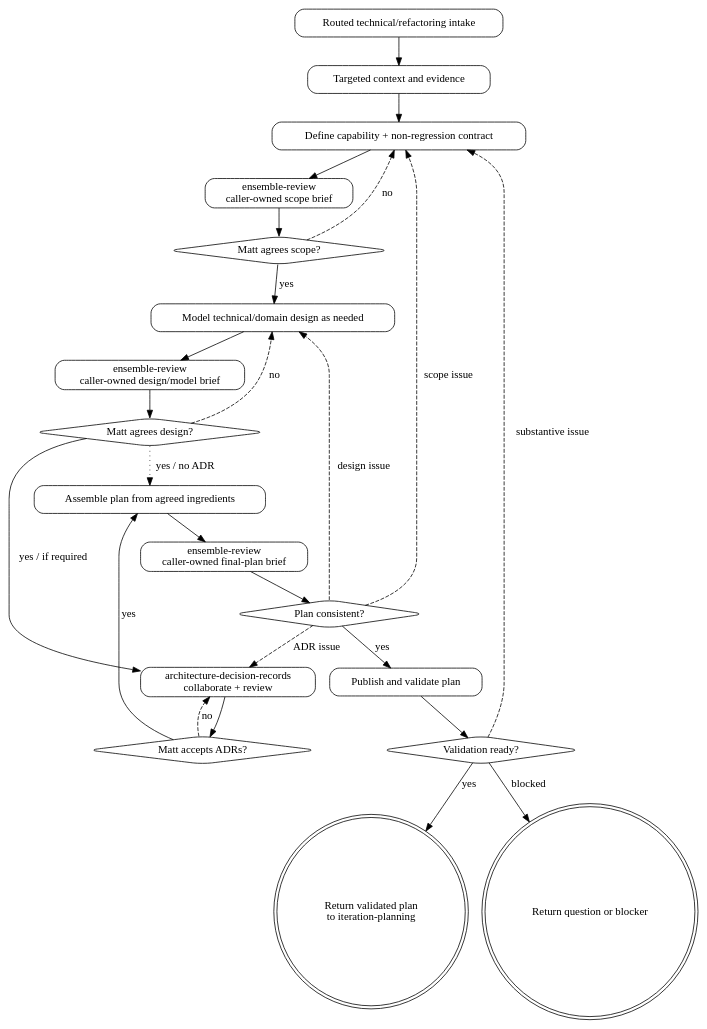
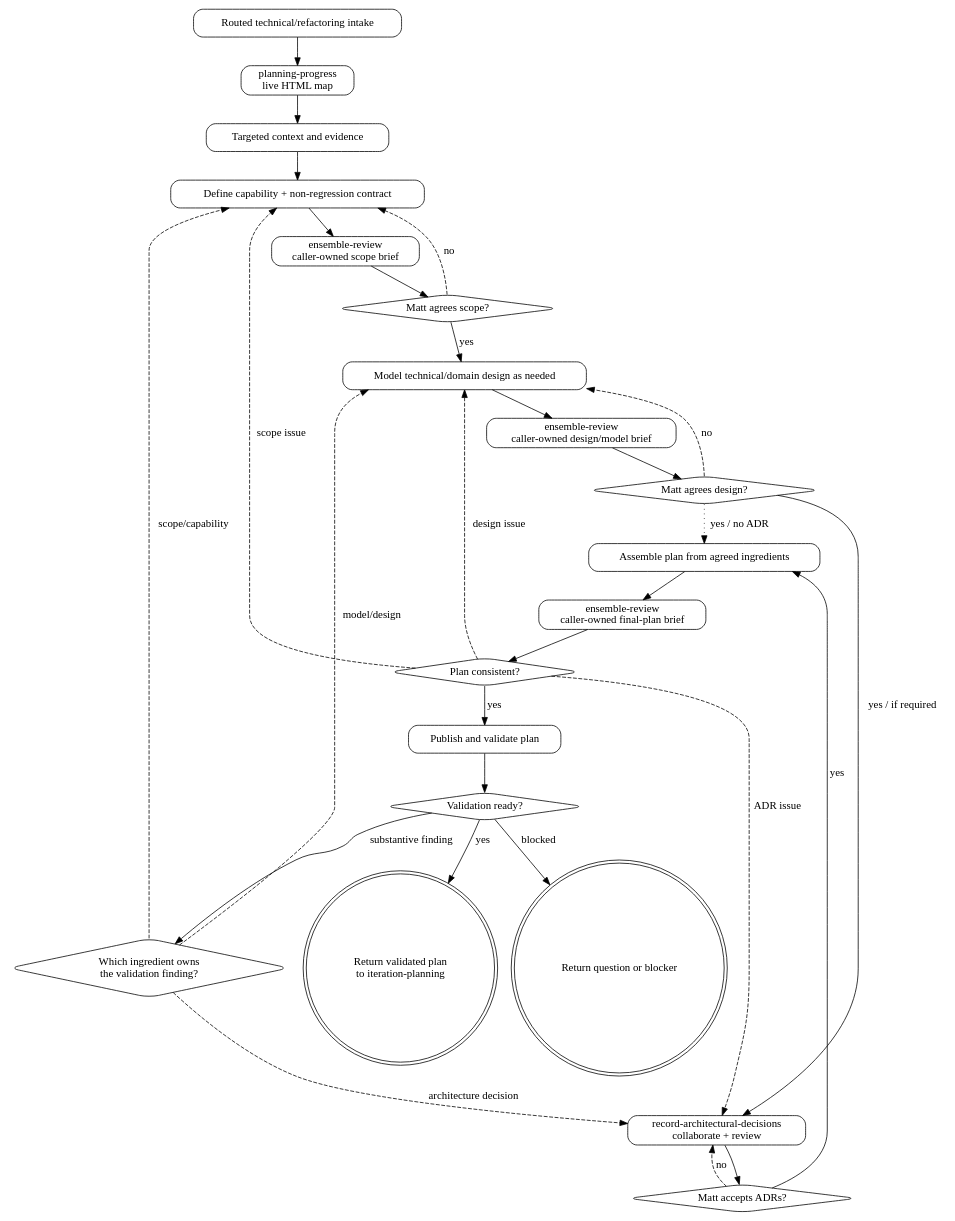
Before and after one commit to mattwynne/memba: the diagram in .pi/skills/technical-iteration-planning/SKILL.md, drawn with Graphviz. The commit also changed other lines of this file and 9 other files, not shown here.

Commit message:
Action planning skill review feedback

````diff
--- a/.pi/skills/technical-iteration-planning/SKILL.md
+++ b/.pi/skills/technical-iteration-planning/SKILL.md
@@ -67,44 +70,49 @@
 ```dot
 digraph technical_iteration_planning {
   rankdir=TB;
   node [shape=box, style="rounded"];
 
   intake [label="Routed technical/refactoring intake"];
+  progress [label="planning-progress\nlive HTML map"];
   context [label="Targeted context and evidence"];
   capability [label="Define capability + non-regression contract"];
   scope_review [label="ensemble-review\ncaller-owned scope brief"];
   scope [shape=diamond, label="Matt agrees scope?"];
   design [label="Model technical/domain design as needed"];
   design_review [label="ensemble-review\ncaller-owned design/model brief"];
   design_agreed [shape=diamond, label="Matt agrees design?"];
-  adr [label="architecture-decision-records\ncollaborate + review"];
+  adr [label="record-architectural-decisions\ncollaborate + review"];
   adr_accept [shape=diamond, label="Matt accepts ADRs?"];
   assemble [label="Assemble plan from agreed ingredients"];
   final_review [label="ensemble-review\ncaller-owned final-plan brief"];
   consistent [shape=diamond, label="Plan consistent?"];
   publish [label="Publish and validate plan"];
   validated [shape=diamond, label="Validation ready?"];
+  validation_route [shape=diamond, label="Which ingredient owns\nthe validation finding?"];
   result [shape=doublecircle, label="Return validated plan\nto iteration-planning"];
   blocker [shape=doublecircle, label="Return question or blocker"];
 
-  intake -> context -> capability -> scope_review -> scope;
+  intake -> progress -> context -> capability -> scope_review -> scope;
   scope -> capability [label="no", style=dashed];
   scope -> design [label="yes"];
   design -> design_review -> design_agreed;
   design_agreed -> design [label="no", style=dashed];
   design_agreed -> adr [label="yes / if required"];
   adr -> adr_accept;
   adr_accept -> adr [label="no", style=dashed];
   adr_accept -> assemble [label="yes"];
   design_agreed -> assemble [label="yes / no ADR", style=dotted];
   assemble -> final_review -> consistent;
   consistent -> publish [label="yes"];
   consistent -> capability [label="scope issue", style=dashed];
   consistent -> design [label="design issue", style=dashed];
   consistent -> adr [label="ADR issue", style=dashed];
   publish -> validated;
   validated -> result [label="yes"];
   validated -> blocker [label="blocked"];
-  validated -> capability [label="substantive issue", style=dashed];
+  validated -> validation_route [label="substantive finding"];
+  validation_route -> capability [label="scope/capability", style=dashed];
+  validation_route -> design [label="model/design", style=dashed];
+  validation_route -> adr [label="architecture decision", style=dashed];
 }
 ```
````
